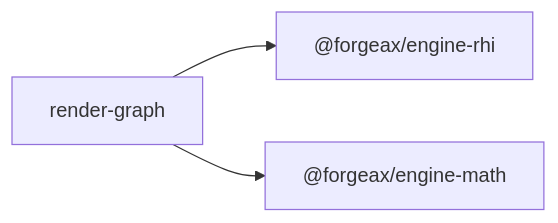
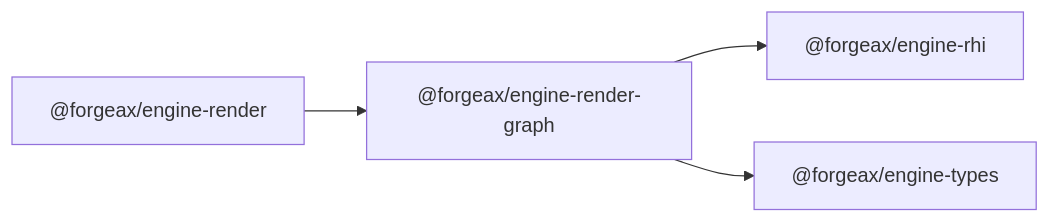
One commit to ForgeaX-Games/forgeax-editor changed the second of 2 diagrams in packages/engine/packages/render-graph/README.md. Above: the diagram before and after it, drawn with Mermaid. The commit also changed other lines of this file and 5042 other files, not shown here.

````diff
--- a/packages/engine/packages/render-graph/README.md
+++ b/packages/engine/packages/render-graph/README.md
@@ -240,5 +167,6 @@
 ```mermaid
 flowchart LR
-  render-graph --> rhi["@forgeax/engine-rhi"]
-  render-graph --> math["@forgeax/engine-math"]
+  render["@forgeax/engine-render"] --> rg["@forgeax/engine-render-graph"]
+  rg --> rhi["@forgeax/engine-rhi"]
+  rg --> types["@forgeax/engine-types"]
 ```
````
